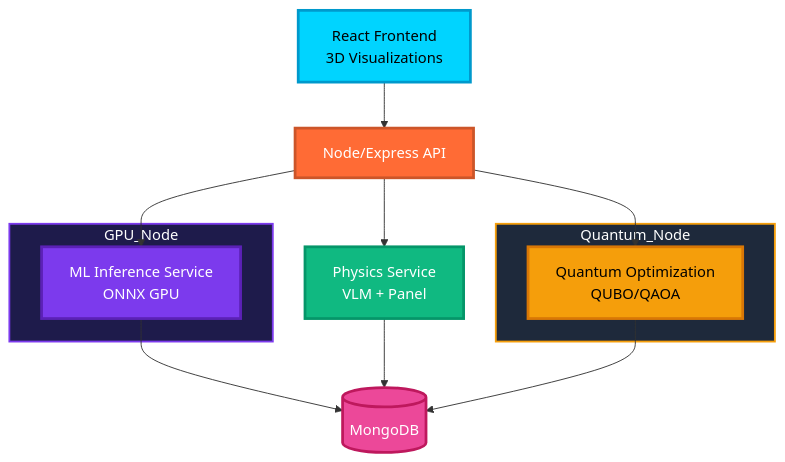
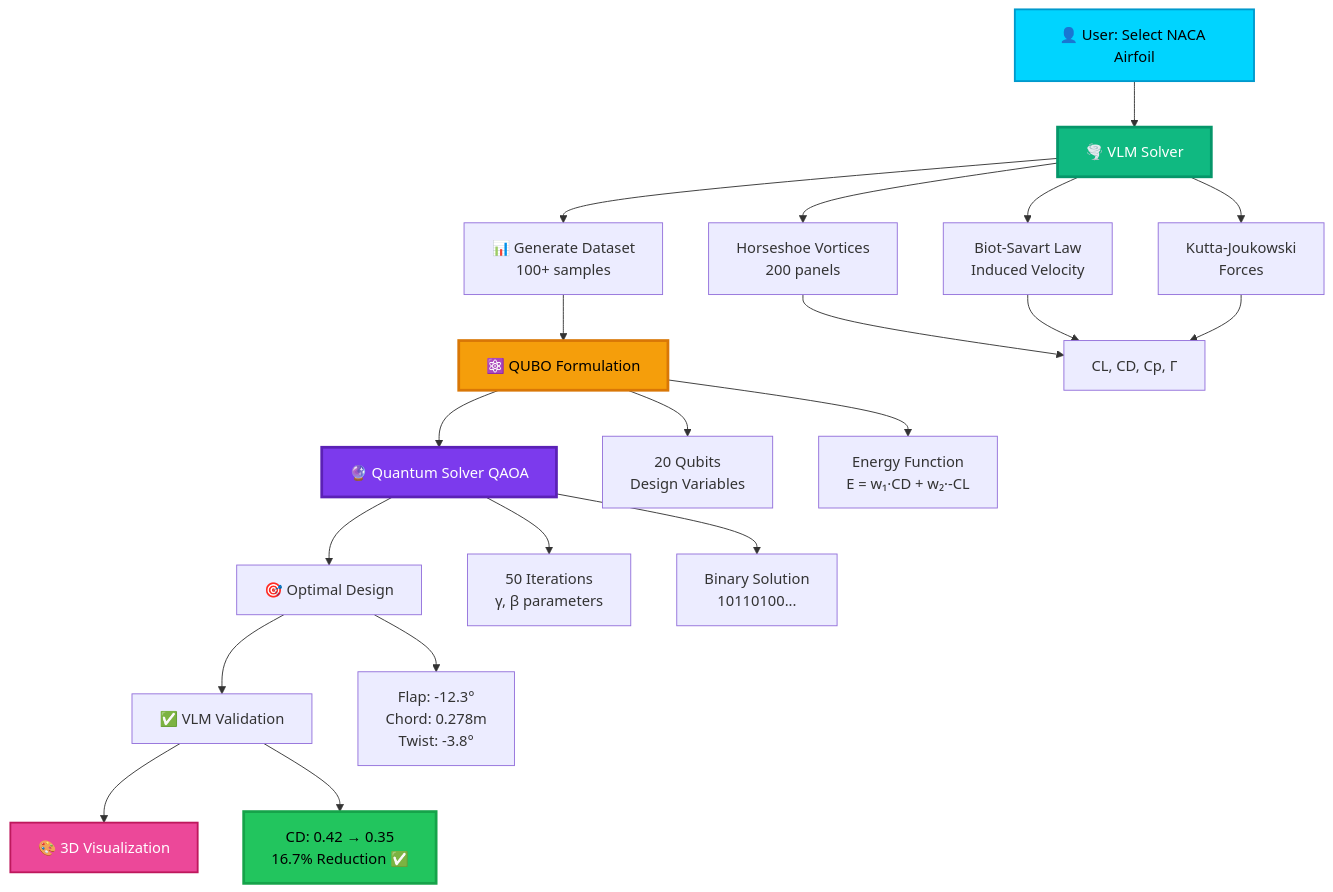
One commit to rjamoriz/Quantum-Aero-F1-Prototype changed the first of 2 diagrams in README.MD. Above: the diagram before and after it, drawn with Mermaid. The commit also changed other lines of this file, not shown here.

First line of the commit message:
Update README with comprehensive VLM→QUBO flow and Mermaid diagrams

````diff
--- a/README.MD
+++ b/README.MD
@@ -122,25 +92,34 @@
 ```mermaid
-flowchart TD
-    A[React Frontend \n 3D Visualizations] --> B[Node/Express API]
-    B --> C[ML Inference Service \n ONNX GPU]
-    B --> D[Physics Service \n VLM + Panel]
-    B --> E[Quantum Optimization \n QUBO/QAOA]
-    C --> F[(MongoDB)]
-    D --> F
-    E --> F
-    subgraph GPU_Node
-        C
-    end
-    subgraph Quantum_Node
-        E
-    end
+graph TB
+    A[👤 User: Select NACA Airfoil] --> B[🌪️ VLM Solver]
+    B --> C[📊 Generate Dataset<br/>100+ samples]
+    C --> D[⚛️ QUBO Formulation]
+    D --> E[🔮 Quantum Solver QAOA]
+    E --> F[🎯 Optimal Design]
+    F --> G[✅ VLM Validation]
+    G --> H[🎨 3D Visualization]
     
-    style A fill:#00d4ff,stroke:#0099cc,stroke-width:3px,color:#000
-    style B fill:#ff6b35,stroke:#cc5529,stroke-width:3px,color:#fff
-    style C fill:#7c3aed,stroke:#5b21b6,stroke-width:3px,color:#fff
-    style D fill:#10b981,stroke:#059669,stroke-width:3px,color:#fff
-    style E fill:#f59e0b,stroke:#d97706,stroke-width:3px,color:#000
-    style F fill:#ec4899,stroke:#be185d,stroke-width:3px,color:#fff
-    style GPU_Node fill:#1e1b4b,stroke:#7c3aed,stroke-width:2px,color:#fff
-    style Quantum_Node fill:#1e293b,stroke:#f59e0b,stroke-width:2px,color:#fff
+    B --> B1[Horseshoe Vortices<br/>200 panels]
+    B --> B2[Biot-Savart Law<br/>Induced Velocity]
+    B --> B3[Kutta-Joukowski<br/>Forces]
+    B1 --> B4[CL, CD, Cp, Γ]
+    B2 --> B4
+    B3 --> B4
+    
+    D --> D1[20 Qubits<br/>Design Variables]
+    D --> D2[Energy Function<br/>E = w₁·CD + w₂·-CL]
+    
+    E --> E1[50 Iterations<br/>γ, β parameters]
+    E --> E2[Binary Solution<br/>10110100...]
+    
+    F --> F1[Flap: -12.3°<br/>Chord: 0.278m<br/>Twist: -3.8°]
+    
+    G --> G1[CD: 0.42 → 0.35<br/>16.7% Reduction ✅]
+    
+    style A fill:#00d4ff,stroke:#0099cc,stroke-width:2px,color:#000
+    style B fill:#10b981,stroke:#059669,stroke-width:3px,color:#fff
+    style D fill:#f59e0b,stroke:#d97706,stroke-width:3px,color:#000
+    style E fill:#7c3aed,stroke:#5b21b6,stroke-width:3px,color:#fff
+    style G1 fill:#22c55e,stroke:#16a34a,stroke-width:3px,color:#000
+    style H fill:#ec4899,stroke:#be185d,stroke-width:2px,color:#fff
 ```
````
